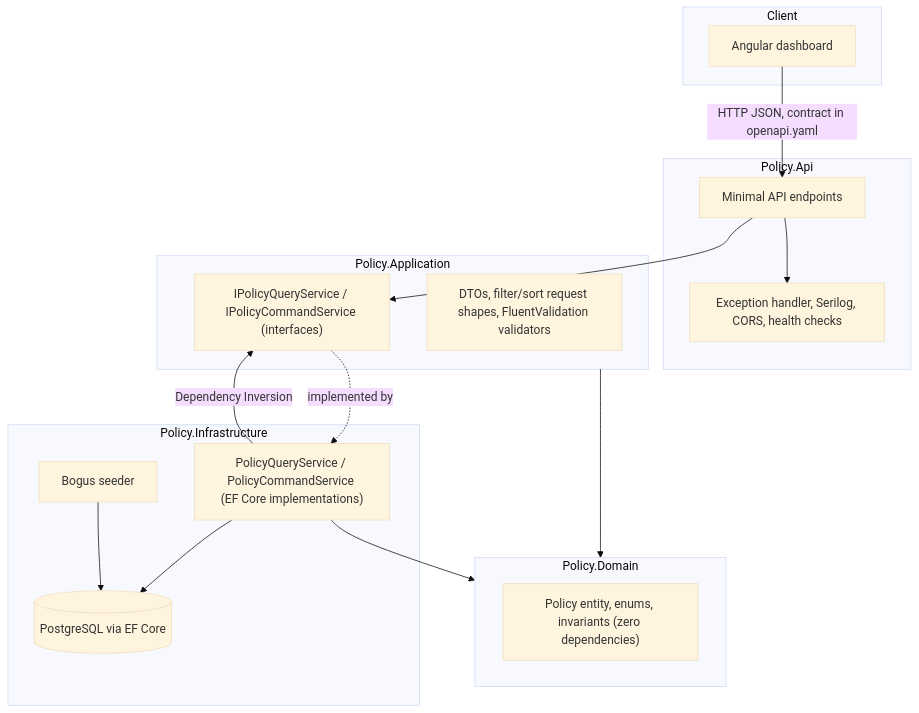
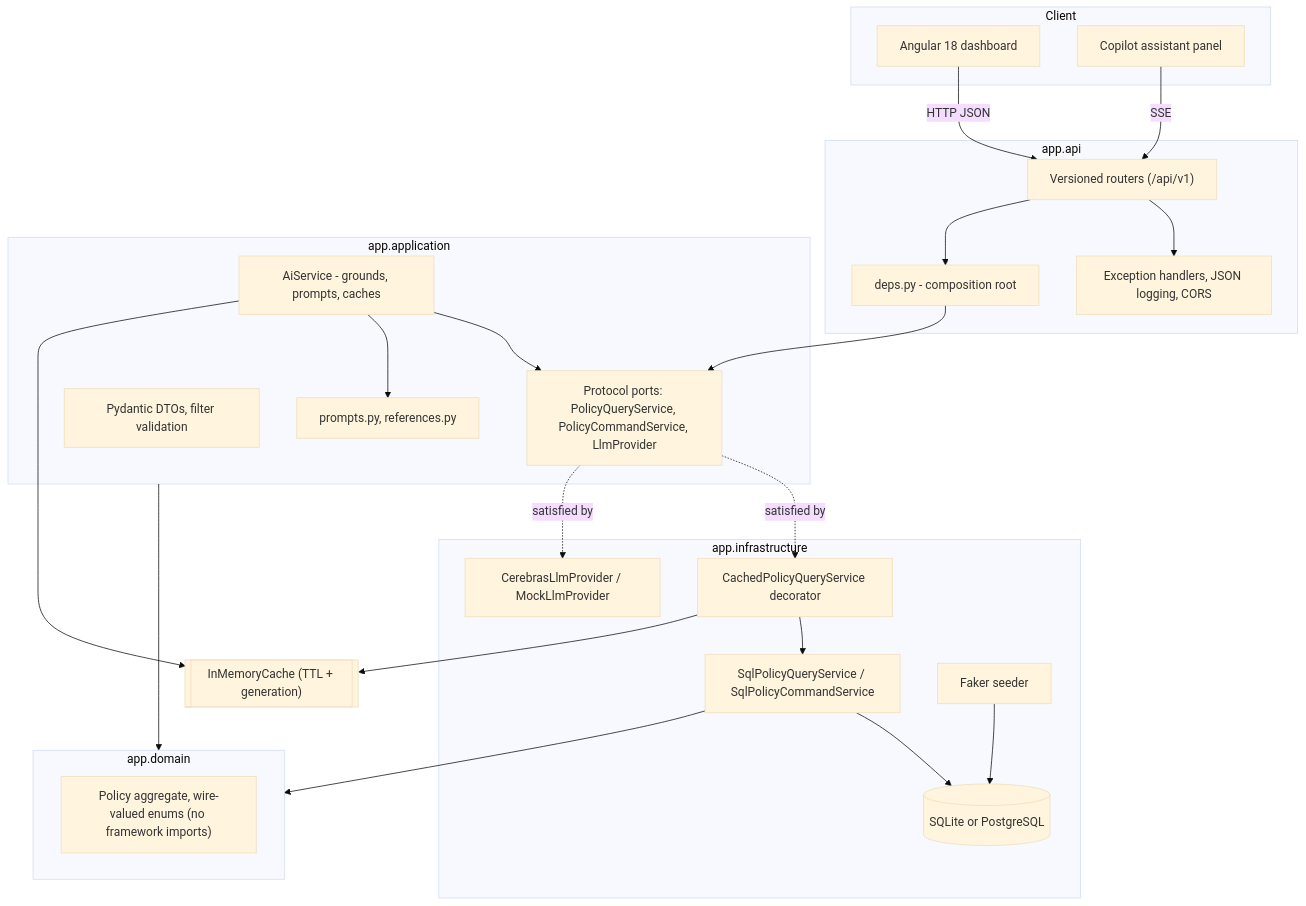
The diagram in docs/ARCHITECTURE.md (premhagargi/chubb-policy-platform), drawn with Mermaid (base theme) before and after one commit. The commit also changed other lines of this file and 46 other files, not shown here.

````diff
--- a/docs/ARCHITECTURE.md
+++ b/docs/ARCHITECTURE.md
@@ -5,36 +5,51 @@
 ```mermaid
 flowchart TB
     subgraph Client
-        UI[Angular dashboard]
+        UI[Angular 18 dashboard]
+        ASSIST[Copilot assistant panel]
     end
 
-    subgraph API["Policy.Api"]
-        EP[Minimal API endpoints]
-        MW[Exception handler, Serilog, CORS, health checks]
+    subgraph API["app.api"]
+        EP["Versioned routers (/api/v1)"]
+        MW["Exception handlers, JSON logging, CORS"]
+        DEPS["deps.py - composition root"]
     end
 
-    subgraph APP["Policy.Application"]
-        IF["IPolicyQueryService / IPolicyCommandService (interfaces)"]
-        DTO[DTOs, filter/sort request shapes, FluentValidation validators]
+    subgraph APP["app.application"]
+        PORTS["Protocol ports: PolicyQueryService, PolicyCommandService, LlmProvider"]
+        DTO["Pydantic DTOs, filter validation"]
+        AI["AiService - grounds, prompts, caches"]
+        PROMPT["prompts.py, references.py"]
     end
 
-    subgraph DOM["Policy.Domain"]
-        ENT["Policy entity, enums, invariants (zero dependencies)"]
+    subgraph DOM["app.domain"]
+        ENT["Policy aggregate, wire-valued enums (no framework imports)"]
     end
 
-    subgraph INFRA["Policy.Infrastructure"]
-        IMPL["PolicyQueryService / PolicyCommandService (EF Core implementations)"]
-        DB[(PostgreSQL via EF Core)]
-        SEED[Bogus seeder]
+    subgraph INFRA["app.infrastructure"]
+        REPO["SqlPolicyQueryService / SqlPolicyCommandService"]
+        CACHE["CachedPolicyQueryService decorator"]
+        LLM["CerebrasLlmProvider / MockLlmProvider"]
+        DB[("SQLite or PostgreSQL")]
+        SEED[Faker seeder]
     end
 
-    UI -->|HTTP JSON, contract in openapi.yaml| EP
+    MEM[["InMemoryCache (TTL + generation)"]]
+
+    UI -->|HTTP JSON| EP
+    ASSIST -->|SSE| EP
     EP --> MW
-    EP --> IF
-    IF -.implemented by.-> IMPL
-    IMPL --> DB
-    IMPL --> DOM
+    EP --> DEPS
+    DEPS --> PORTS
+    AI --> PORTS
+    AI --> PROMPT
+    PORTS -.satisfied by.-> CACHE
+    PORTS -.satisfied by.-> LLM
+    CACHE --> REPO
+    CACHE --> MEM
+    AI --> MEM
+    REPO --> DB
+    REPO --> DOM
     APP --> DOM
-    IMPL -->|Dependency Inversion| IF
     SEED --> DB
 ```
````
